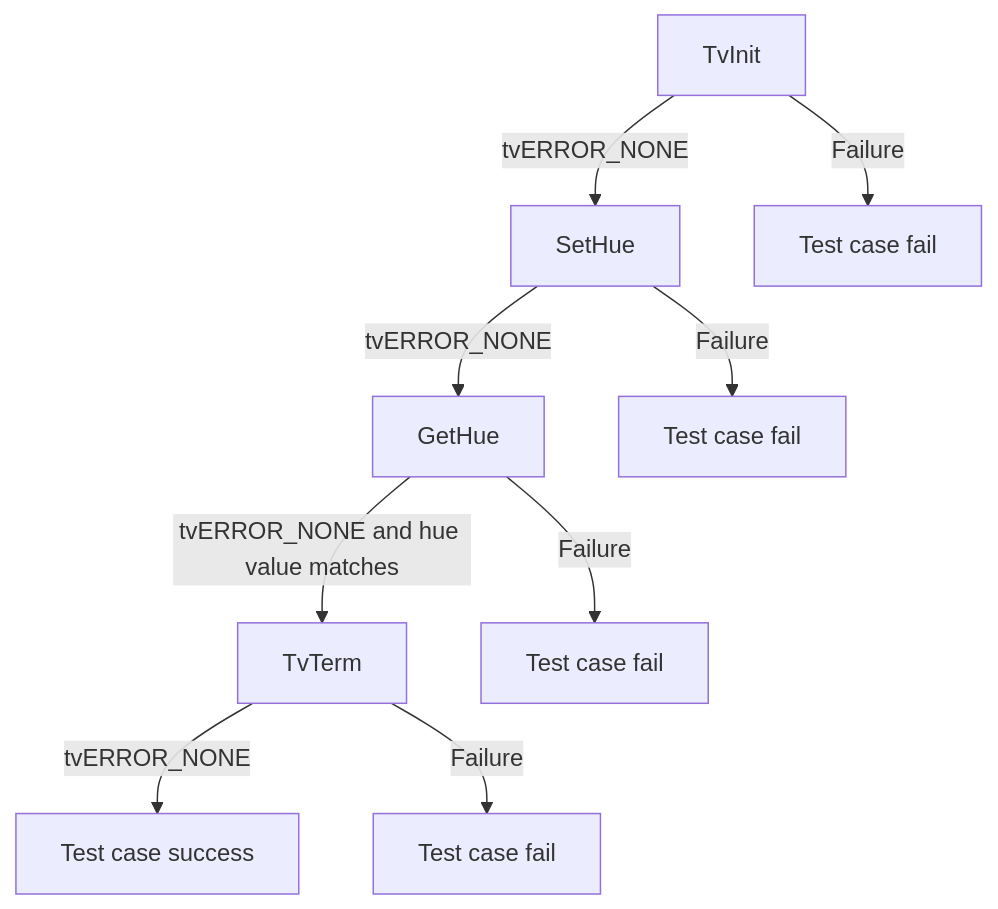
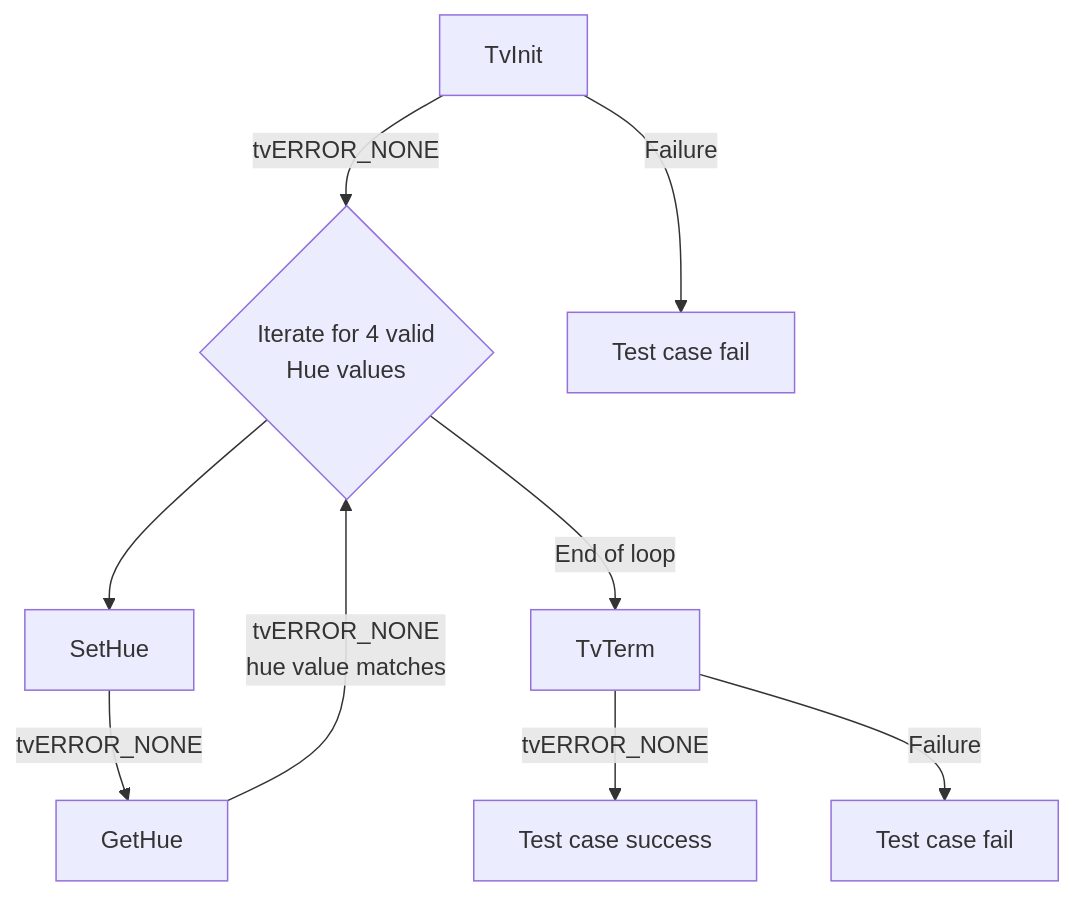
One commit to rdkcentral/rdkv-halif-test-tvsettings changed diagram 17 of 48 in docs/pages/tvSettings_L2_Low-Level_TestSpecification.md. Above: the diagram before and after it, drawn with Mermaid. The commit also changed other lines of this file and 1 other file, not shown here.

````diff
--- a/docs/pages/tvSettings_L2_Low-Level_TestSpecification.md
+++ b/docs/pages/tvSettings_L2_Low-Level_TestSpecification.md
@@ -812,11 +791,11 @@
 ```mermaid
 graph TB
-    A[TvInit] -->|tvERROR_NONE| B[SetHue]
+    A[TvInit] -->|tvERROR_NONE| Loop{Iterate for 4 valid <br> Hue values}
+    Loop --> B[SetHue]
     A -->|Failure| A1[Test case fail]
     B -->|tvERROR_NONE| C[GetHue]
-    B -->|Failure| B1[Test case fail]
-    C -->|tvERROR_NONE and hue value matches| D[TvTerm]
-    C -->|Failure| C1[Test case fail]
+    C -->|tvERROR_NONE <br> hue value matches| Loop
+    Loop -->|End of loop|D[TvTerm]
     D -->|tvERROR_NONE| E[Test case success]
     D -->|Failure| D1[Test case fail]
 ```
````
